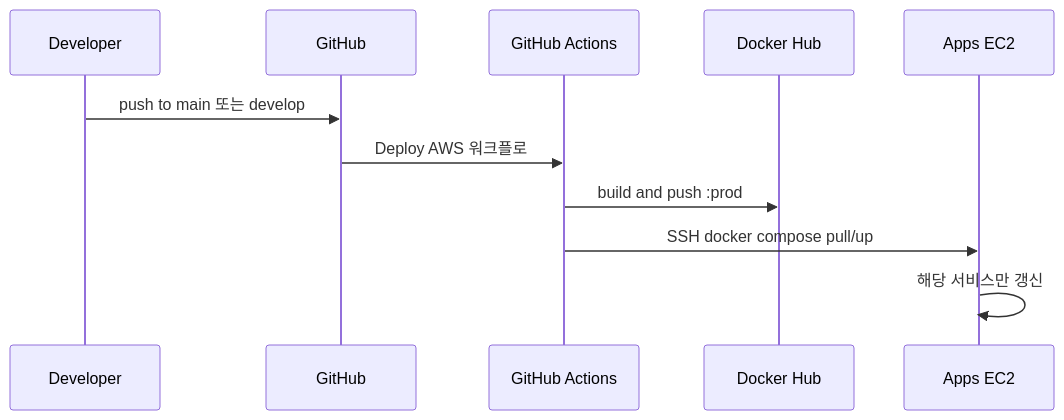
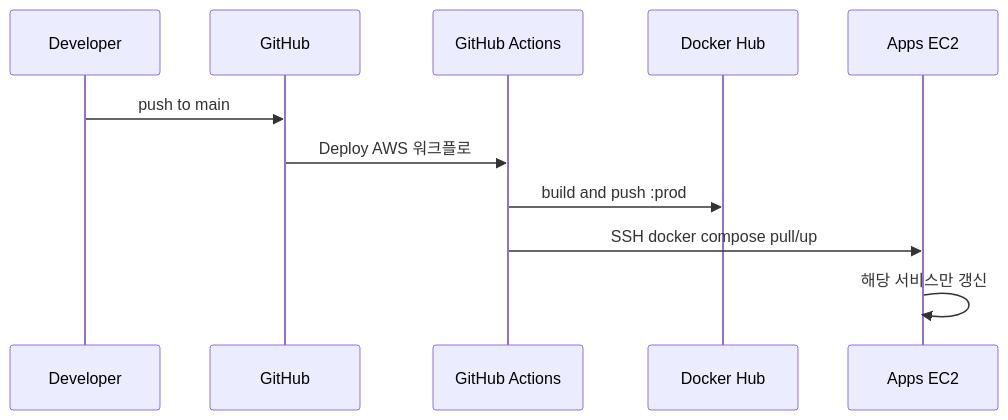
The third of 3 diagrams in docs/cicd-flow.md (SpartaValueHub/ValueHub-AWS-Infra), drawn with Mermaid before and after one commit. The commit also changed other lines of this file, not shown here.

````diff
--- a/docs/cicd-flow.md
+++ b/docs/cicd-flow.md
@@ -68,14 +67,14 @@
 ```mermaid
 sequenceDiagram
   participant Dev as Developer
   participant GH as GitHub
   participant GHA as GitHub Actions
   participant Hub as Docker Hub
   participant Apps as Apps EC2
 
-  Dev->>GH: push to main 또는 develop
+  Dev->>GH: push to main 
   GH->>GHA: Deploy AWS 워크플로
   GHA->>Hub: build and push :prod
   GHA->>Apps: SSH docker compose pull/up
   Apps->>Apps: 해당 서비스만 갱신
 ```
````
